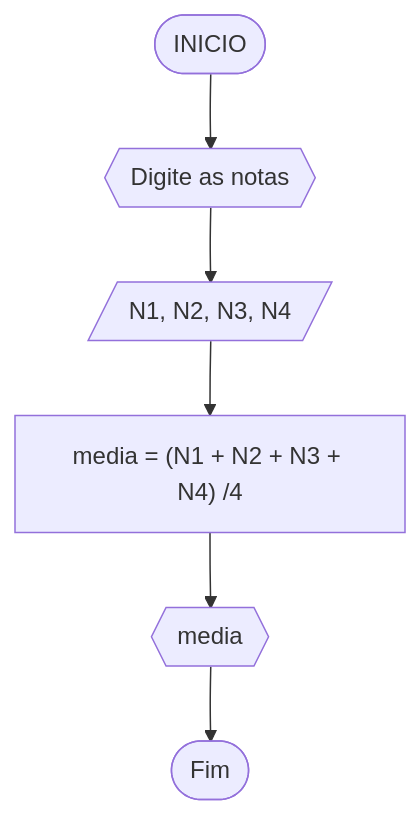
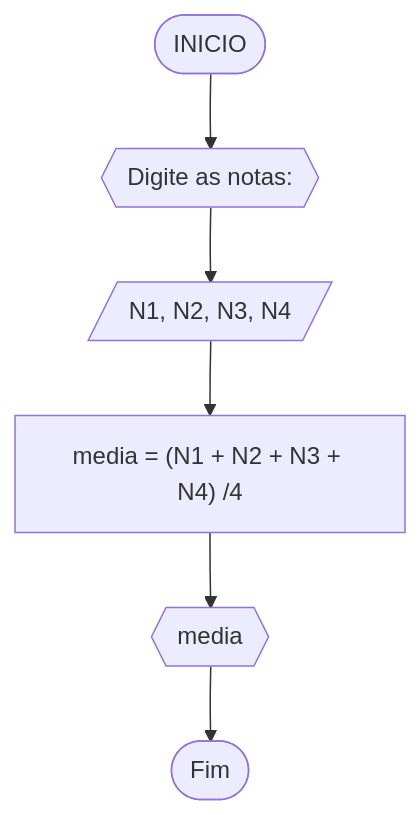
One commit to eryckmike/Unifor changed the first of 10 diagrams in RLA/Lista2_exercicios.md. Above: the diagram before and after it, drawn with Mermaid. The commit also changed other lines of this file, not shown here.

````diff
--- a/RLA/Lista2_exercicios.md
+++ b/RLA/Lista2_exercicios.md
@@ -4,8 +4,8 @@
 ```mermaid
 flowchart TD
-A([INICIO]) --> B{{Digite as notas}}
+A([INICIO]) --> B{{Digite as notas:}}
 B --> C[/N1, N2, N3, N4/]
 C --> D["media = (N1 + N2 + N3 + N4) /4"]
 D --> E{{media}}
 E --> F([Fim])
 ```  
````
